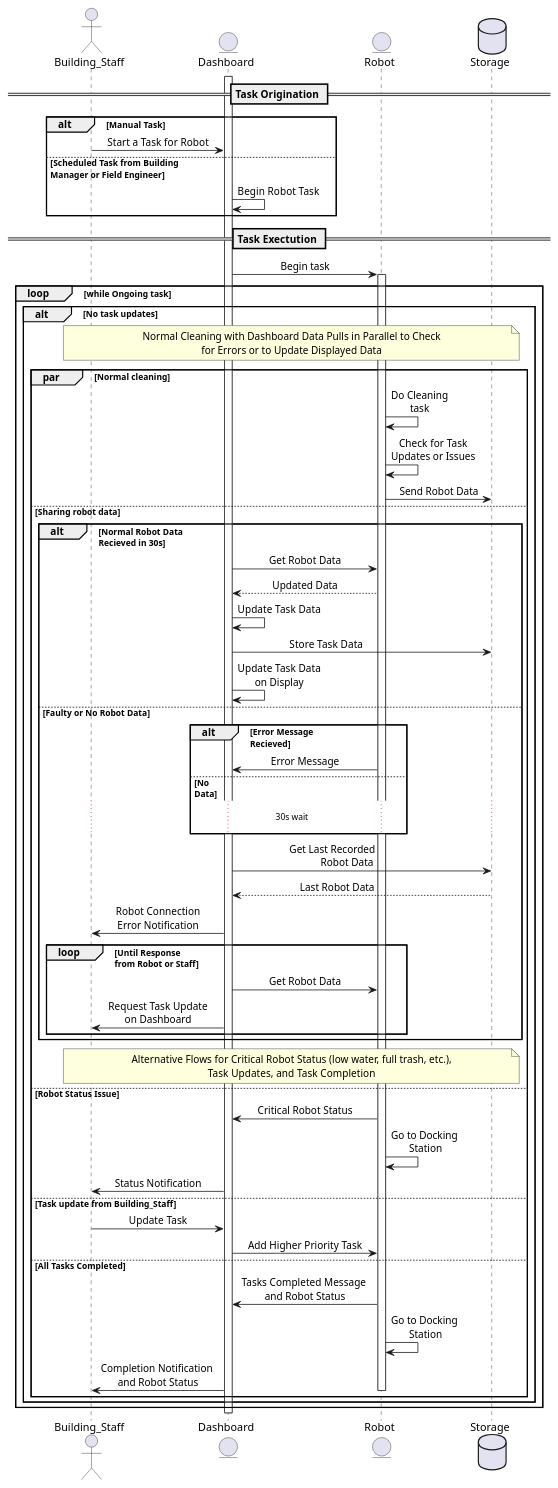
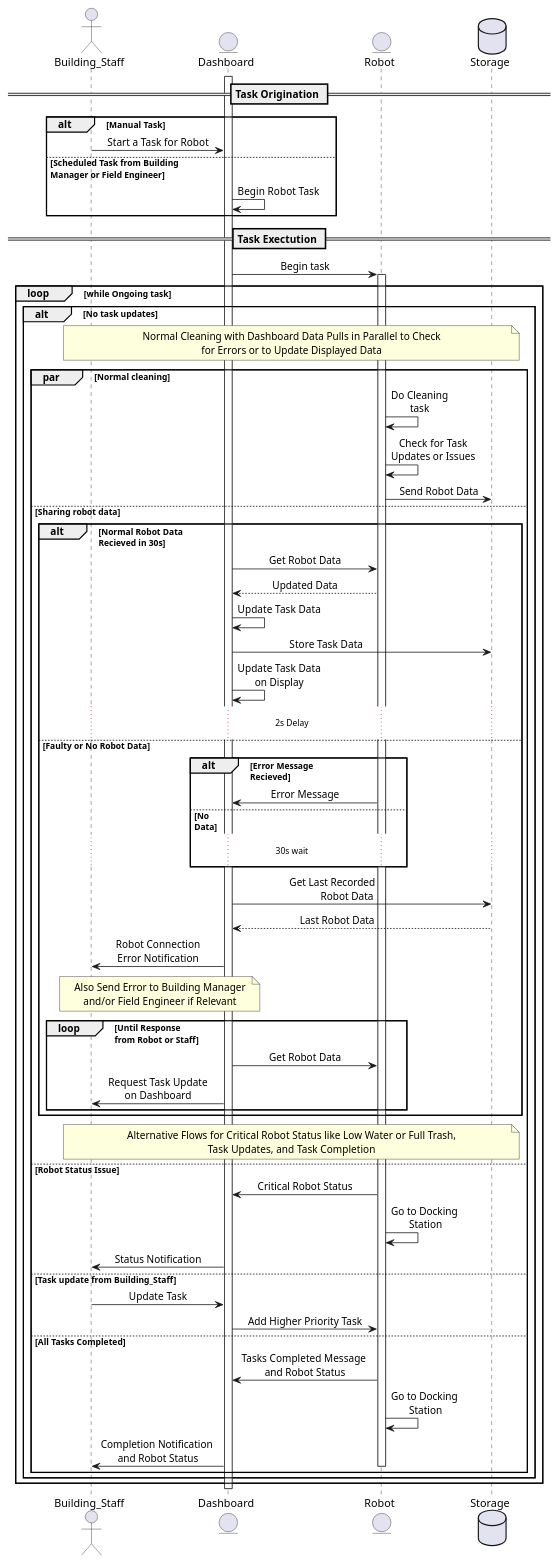
Before and after one commit to ur-swe-fa24/main-project-snoopy-corp: the diagram in docs/design/modeling_diagrams/sequence_diagrams/cleaning_task.puml, drawn with PlantUML.

Commit message:
Formatting

```diff
--- a/docs/design/modeling_diagrams/sequence_diagrams/cleaning_task.puml
+++ b/docs/design/modeling_diagrams/sequence_diagrams/cleaning_task.puml
@@ -1,71 +1,73 @@
 @startuml Robot_Cleaning_Task
 skinparam sequenceMessageAlign center
 skinparam NoteTextAlignment center
 actor Building_Staff
 entity Dashboard
 entity Robot
 database Storage
 
 activate Dashboard
 == Task Origination ==
 alt Manual Task
     Building_Staff -> Dashboard: Start a Task for Robot
 else Scheduled Task from Building \nManager or Field Engineer
     Dashboard -> Dashboard: Begin Robot Task
 end
 
 == Task Exectution ==
 Dashboard -> Robot: Begin task
 activate Robot
 loop while Ongoing task
 'If-else for task updates
 alt No task updates
     'Normal cleaning procedure on parallel
     note across: Normal Cleaning with Dashboard Data Pulls in Parallel to Check\nfor Errors or to Update Displayed Data
     par Normal cleaning
         Robot -> Robot: Do Cleaning\ntask
         Robot -> Robot: Check for Task\nUpdates or Issues
         Robot -> Storage: Send Robot Data
     else Sharing robot data
     alt Normal Robot Data\nRecieved in 30s
         Dashboard -> Robot: Get Robot Data
         Robot --> Dashboard: Updated Data
         Dashboard -> Dashboard: Update Task Data
         Dashboard -> Storage: Store Task Data\t\t\t\t
         Dashboard -> Dashboard: Update Task Data\non Display
+        ... 2s Delay ...
     else Faulty or No Robot Data
         alt Error Message \nRecieved
         Robot -> Dashboard: Error Message
         else No \nData
         ... 30s wait ...
         end
         Dashboard -> Storage: Get Last Recorded\t\t\t\nRobot Data\t\t
         Storage --> Dashboard: Last Robot Data\t\t\t
         Dashboard -> Building_Staff: Robot Connection\nError Notification
+        note over Building_Staff, Dashboard: Also Send Error to Building Manager\nand/or Field Engineer if Relevant 
         loop Until Response \nfrom Robot or Staff
             Dashboard -> Robot: Get Robot Data
             Dashboard -> Building_Staff: Request Task Update\non Dashboard
 
     end 
     end
-note across: Alternative Flows for Critical Robot Status (low water, full trash, etc.),\nTask Updates, and Task Completion
+note across: Alternative Flows for Critical Robot Status like Low Water or Full Trash,\nTask Updates, and Task Completion
 else Robot Status Issue
     Robot -> Dashboard: Critical Robot Status
     Robot -> Robot: Go to Docking \nStation
     Dashboard -> Building_Staff: Status Notification
 
 else Task update from Building_Staff
     Building_Staff -> Dashboard: Update Task
     Dashboard -> Robot: Add Higher Priority Task
 
 else All Tasks Completed
     Robot -> Dashboard: Tasks Completed Message \nand Robot Status
     Robot -> Robot: Go to Docking \nStation
     Dashboard -> Building_Staff: Completion Notification \nand Robot Status
 deactivate Robot
 end
 end
 end
 deactivate Robot
 deactivate Dashboard
 @enduml
```
